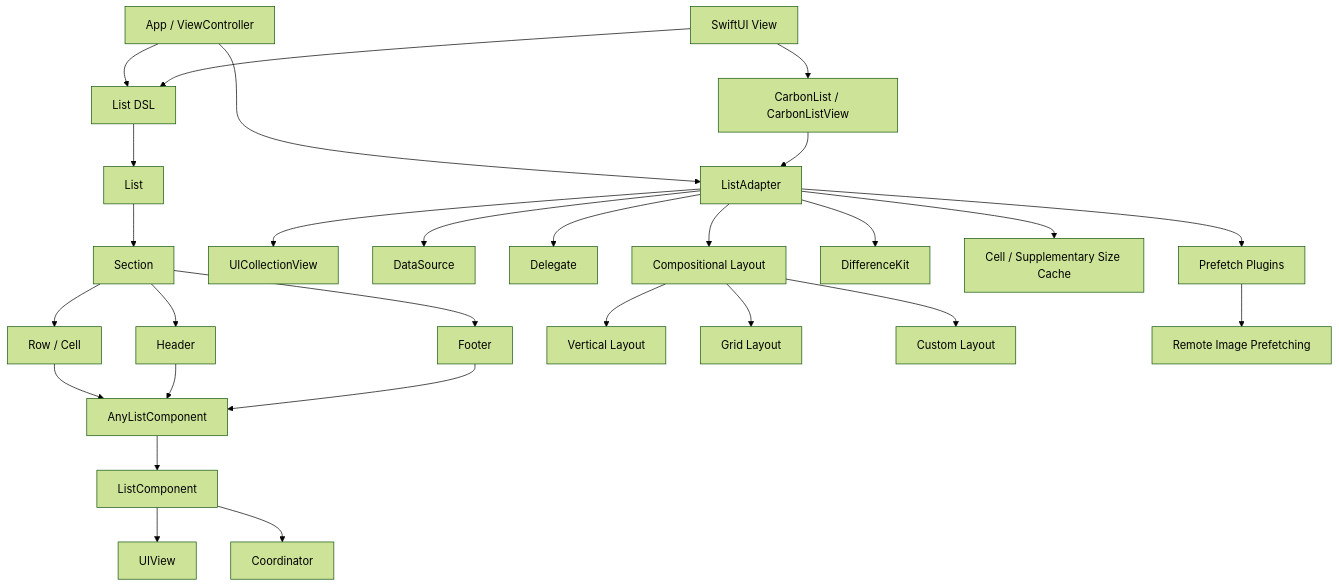
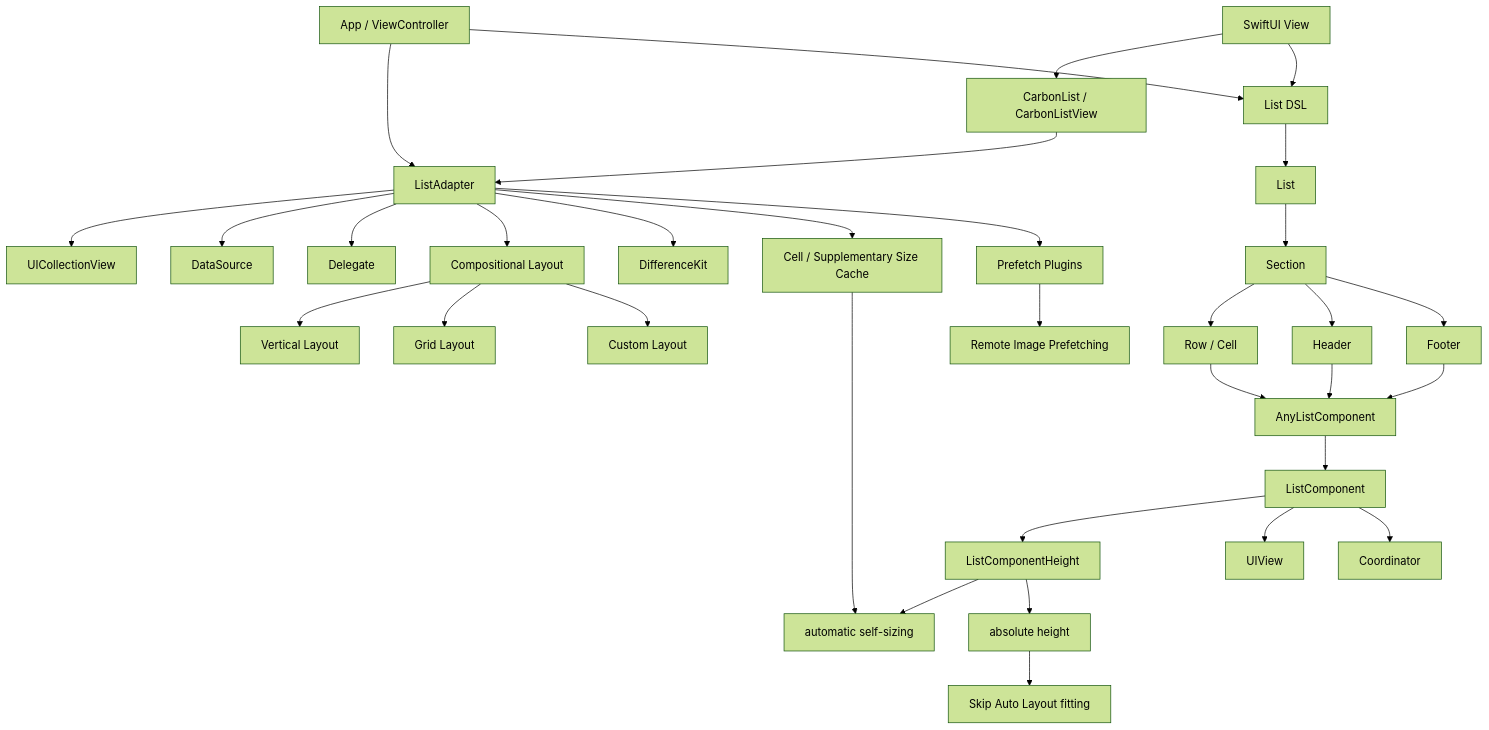
One commit to indextrown/CarbonListKit changed the first of 2 diagrams in README.en.md. Above: the diagram before and after it, drawn with Mermaid (forest theme). The commit also changed other lines of this file and 9 other files, not shown here.

Commit message:
feat: ListComponentHeight 기능 추가

````diff
--- a/README.en.md
+++ b/README.en.md
@@ -784,34 +814,39 @@
 ```mermaid
 graph TD
   App["App / ViewController"] --> Adapter["ListAdapter"]
   SwiftUIView["SwiftUI View"] --> CarbonList["CarbonList / CarbonListView"]
   CarbonList --> Adapter
   App --> ListDSL["List DSL"]
   SwiftUIView --> ListDSL
 
   ListDSL --> List["List"]
   List --> Section["Section"]
   Section --> Row["Row / Cell"]
   Section --> Header["Header"]
   Section --> Footer["Footer"]
 
   Row --> AnyComponent["AnyListComponent"]
   Header --> AnyComponent
   Footer --> AnyComponent
   AnyComponent --> Component["ListComponent"]
+  Component --> Height["ListComponentHeight"]
+  Height --> Automatic["automatic self-sizing"]
+  Height --> Absolute["absolute height"]
   Component --> View["UIView"]
   Component --> Coordinator["Coordinator"]
 
   Adapter --> CollectionView["UICollectionView"]
   Adapter --> DataSource["DataSource"]
   Adapter --> Delegate["Delegate"]
   Adapter --> Layout["Compositional Layout"]
   Adapter --> Diff["DifferenceKit"]
   Adapter --> SizeCache["Cell / Supplementary Size Cache"]
   Adapter --> Prefetch["Prefetch Plugins"]
 
   Layout --> Vertical["Vertical Layout"]
   Layout --> Grid["Grid Layout"]
   Layout --> Custom["Custom Layout"]
+  SizeCache --> Automatic
+  Absolute --> CellSizing["Skip Auto Layout fitting"]
   Prefetch --> RemoteImage["Remote Image Prefetching"]
 ```
````
